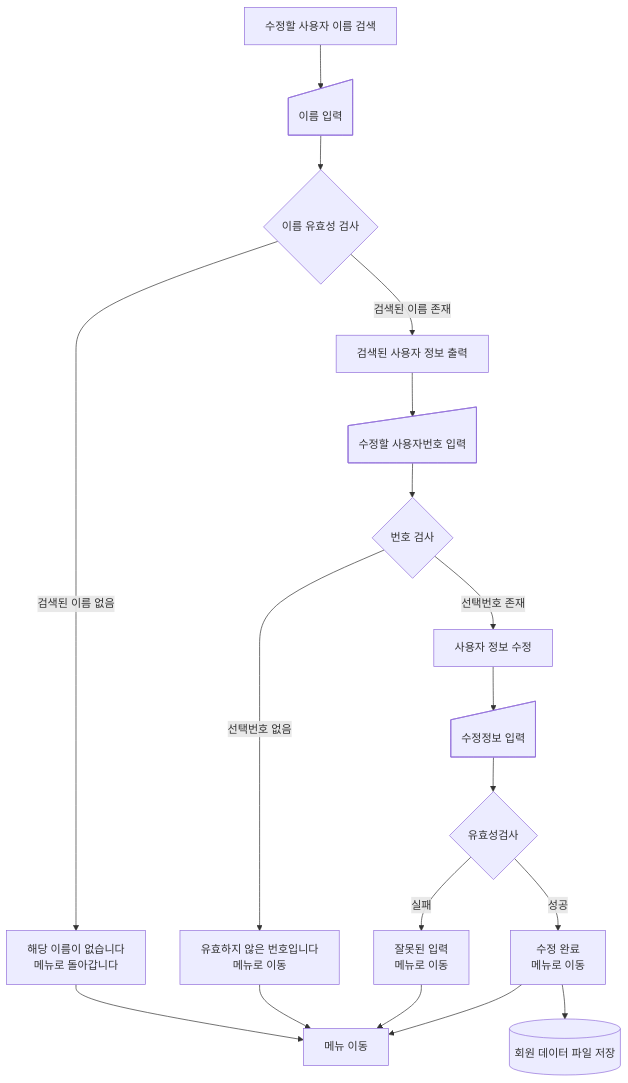
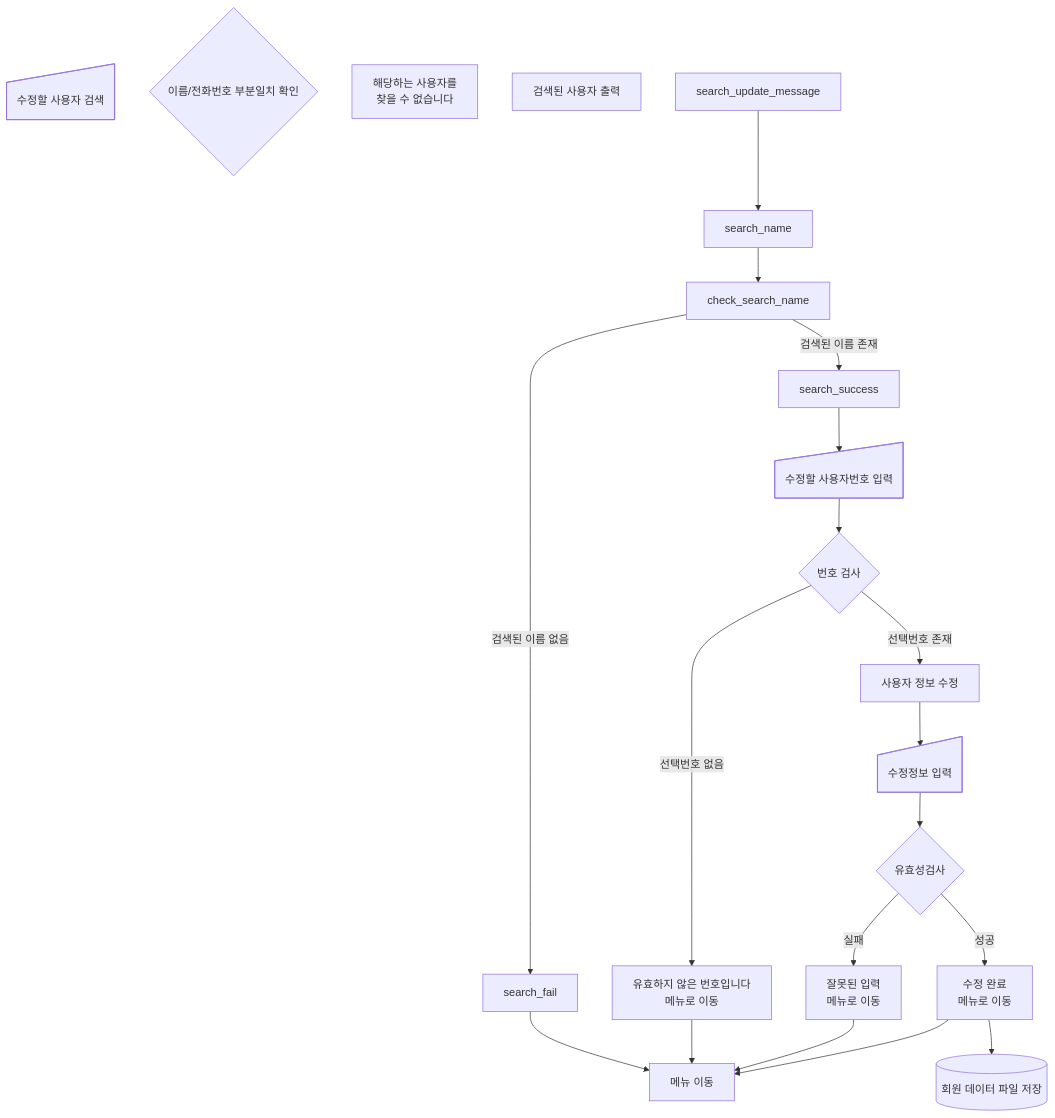
Before and after one commit to Happy-o3ov/big20-python-project1-team3: the diagram in docs/flowchart_IMH/update.md, drawn with Mermaid. The commit also changed 4 other files, not shown here.

````diff
--- a/docs/flowchart_IMH/update.md
+++ b/docs/flowchart_IMH/update.md
@@ -3,41 +3,40 @@
 ```mermaid
-flowchart TD
+flowchart 
 
     %%사용자 검색
-    search_update_message[수정할 사용자 이름 검색]
-    search_name@{ shape: manual-input, label: "이름 입력"}
-    check_search_name{이름 유효성 검사}
-    search_fail[해당 이름이 없습니다<br>메뉴로 돌아갑니다]
-    search_success[검색된 사용자 정보 출력]
+    update_search_name@{ shape: manual-input, label: "수정할 사용자 검색"}
+    check_update_search_name{이름/전화번호 부분일치 확인}
+    update_search_fail[해당하는 사용자를<br>찾을 수 없습니다]
+    update_search_success[검색된 사용자 출력]
 
     %%사용자 선택
     select@{ shape: manual-input, label: "수정할 사용자번호 입력"}
     check_select{번호 검사}
     select_fail[유효하지 않은 번호입니다<br>메뉴로 이동]
 
     %%사용자 정보 수정
     update_message[사용자 정보 수정]
     update_input@{ shape: manual-input, label: "수정정보 입력"}
     check_update_input{유효성검사}
     save_file[(회원 데이터 파일 저장)]
     update_fail[잘못된 입력<br>메뉴로 이동]
     update_success[수정 완료<br>메뉴로 이동]
     return_menu[메뉴 이동]
 
 
     search_update_message --> search_name
     search_name --> check_search_name
     check_search_name --> |검색된 이름 없음| search_fail --> return_menu
     check_search_name --> |검색된 이름 존재| search_success
 
     search_success --> select
     select --> check_select
     check_select --> |선택번호 없음| select_fail --> return_menu
     check_select --> |선택번호 존재| update_message
     update_message --> update_input
     update_input --> check_update_input
     check_update_input --> |실패| update_fail --> return_menu
     check_update_input --> |성공| update_success --> return_menu
     update_success --> save_file
 
 ```
````
